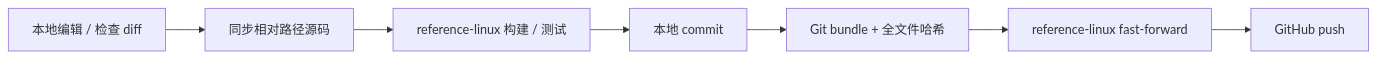
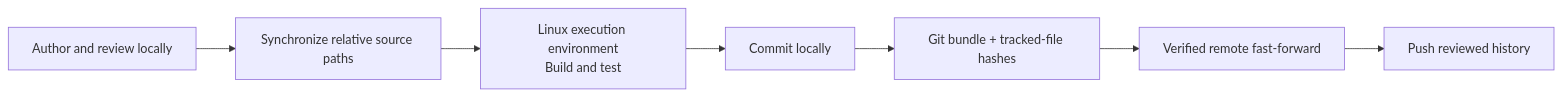
Before and after one commit to XieWeikai/mcap-ops: the diagram in docs/contributing.md, drawn with Mermaid. The commit also changed other lines of this file and 71 other files, not shown here.

````diff
--- a/docs/contributing.md
+++ b/docs/contributing.md
@@ -7,9 +9,9 @@
 ```mermaid
 flowchart LR
-    A["本地编辑 / 检查 diff"] --> B["同步相对路径源码"]
-    B --> C["reference-linux 构建 / 测试"]
-    C --> D["本地 commit"]
-    D --> E["Git bundle + 全文件哈希"]
-    E --> F["reference-linux fast-forward"]
-    F --> G["GitHub push"]
+    A["Author and review locally"] --> B["Synchronize relative source paths"]
+    B --> C["Linux execution environment<br/>Build and test"]
+    C --> D["Commit locally"]
+    D --> E["Git bundle + tracked-file hashes"]
+    E --> F["Verified remote fast-forward"]
+    F --> G["Push reviewed history"]
 ```
````
